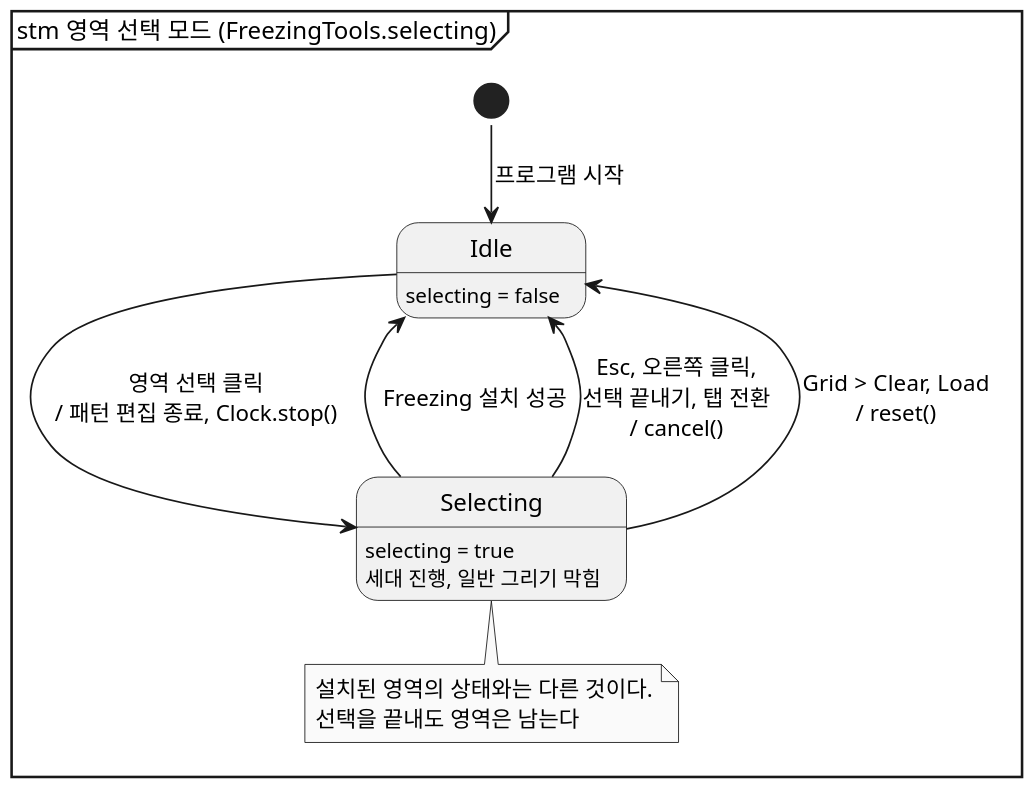
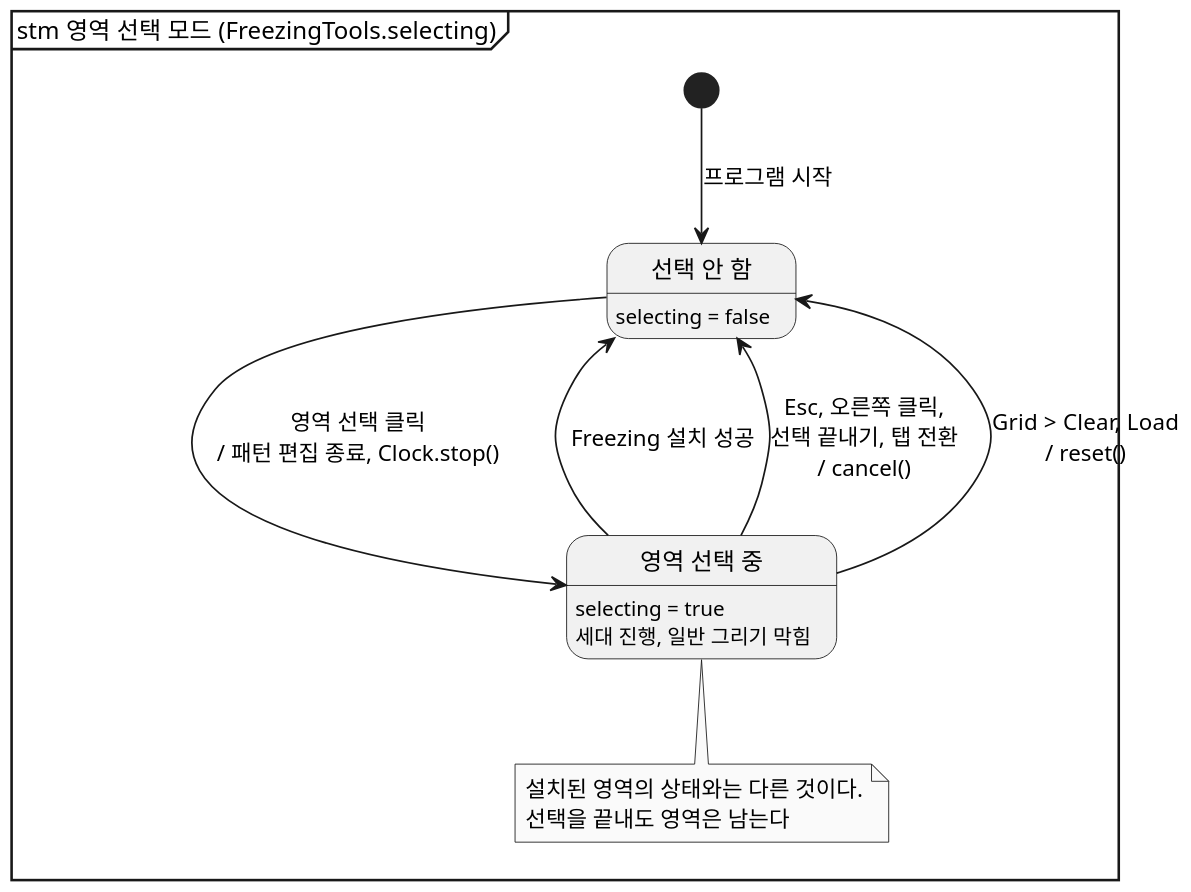
The diagram in docs/freezing/diagram/state-selection.puml (mckimR1972/DP_team_project), drawn with PlantUML before and after one commit. The commit also changed 8 other files, not shown here.

First line of the commit message:
docs: Freezing 다이어그램을 Graphviz 배치로 다시 그림

```diff
--- a/docs/freezing/diagram/state-selection.puml
+++ b/docs/freezing/diagram/state-selection.puml
@@ -1,28 +1,27 @@
 @startuml state-selection
-!pragma layout smetana
 skinparam monochrome true
 skinparam dpi 150
 skinparam shadowing false
 skinparam defaultFontName "Malgun Gothic"
 hide empty description
 mainframe stm 영역 선택 모드 (FreezingTools.selecting)
 
 state "선택 안 함" as Idle
-state Idle : selecting = false
+Idle : selecting = false
 
 state "영역 선택 중" as Selecting
-state Selecting : selecting = true
-state Selecting : 세대 진행, 일반 그리기 막힘
+Selecting : selecting = true
+Selecting : 세대 진행, 일반 그리기 막힘
 
 [*] --> Idle : 프로그램 시작
 
 Idle --> Selecting : 영역 선택 클릭\n/ 패턴 편집 종료, Clock.stop()
 Selecting --> Idle : Freezing 설치 성공
 Selecting --> Idle : Esc, 오른쪽 클릭,\n선택 끝내기, 탭 전환\n/ cancel()
 Selecting --> Idle : Grid > Clear, Load\n/ reset()
 
 note bottom of Selecting
   설치된 영역의 상태와는 다른 것이다.
   선택을 끝내도 영역은 남는다
 end note
 @enduml
```
